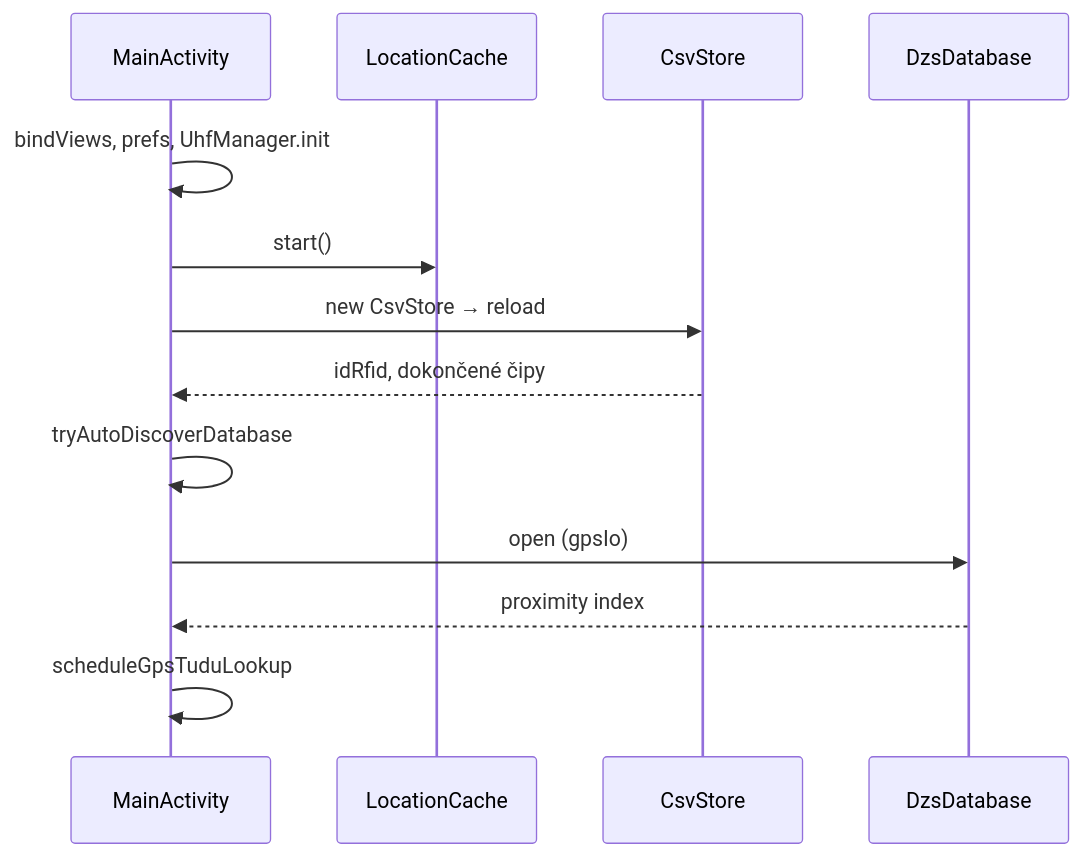
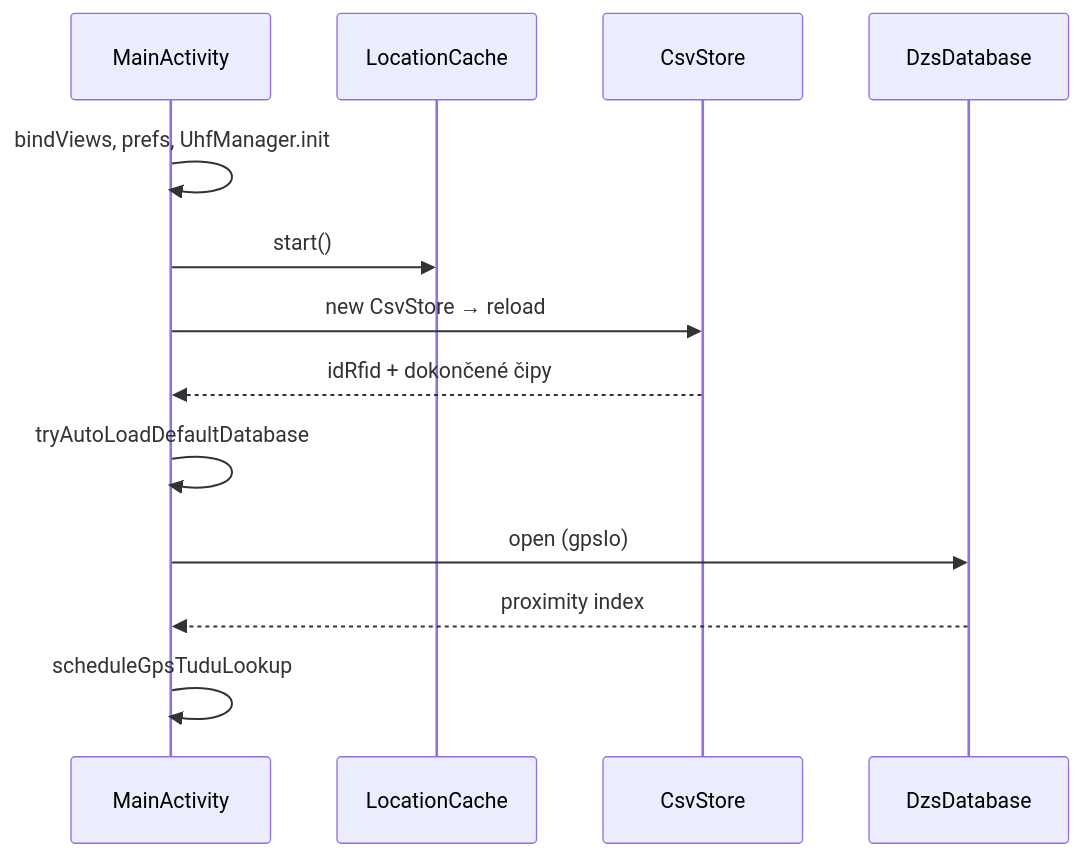
The sixth of 9 diagrams in docs/prirucka-vyvojare.md (tofiapp/rfid_go_gps), drawn with Mermaid before and after one commit. The commit also changed other lines of this file and 5 other files, not shown here.

First line of the commit message:
docs: mohutné vylepšení vývojářské příručky + HTML Mermaid

````diff
--- a/docs/prirucka-vyvojare.md
+++ b/docs/prirucka-vyvojare.md
@@ -220,16 +319,16 @@
 ```mermaid
 sequenceDiagram
     participant MA as MainActivity
     participant LOC as LocationCache
     participant CSV as CsvStore
     participant DZS as DzsDatabase
 
     MA->>MA: bindViews, prefs, UhfManager.init
     MA->>LOC: start()
     MA->>CSV: new CsvStore → reload
-    CSV-->>MA: idRfid, dokončené čipy
-    MA->>MA: tryAutoDiscoverDatabase
+    CSV-->>MA: idRfid + dokončené čipy
+    MA->>MA: tryAutoLoadDefaultDatabase
     MA->>DZS: open (gpsIo)
     DZS-->>MA: proximity index
     MA->>MA: scheduleGpsTuduLookup
 ```
````
